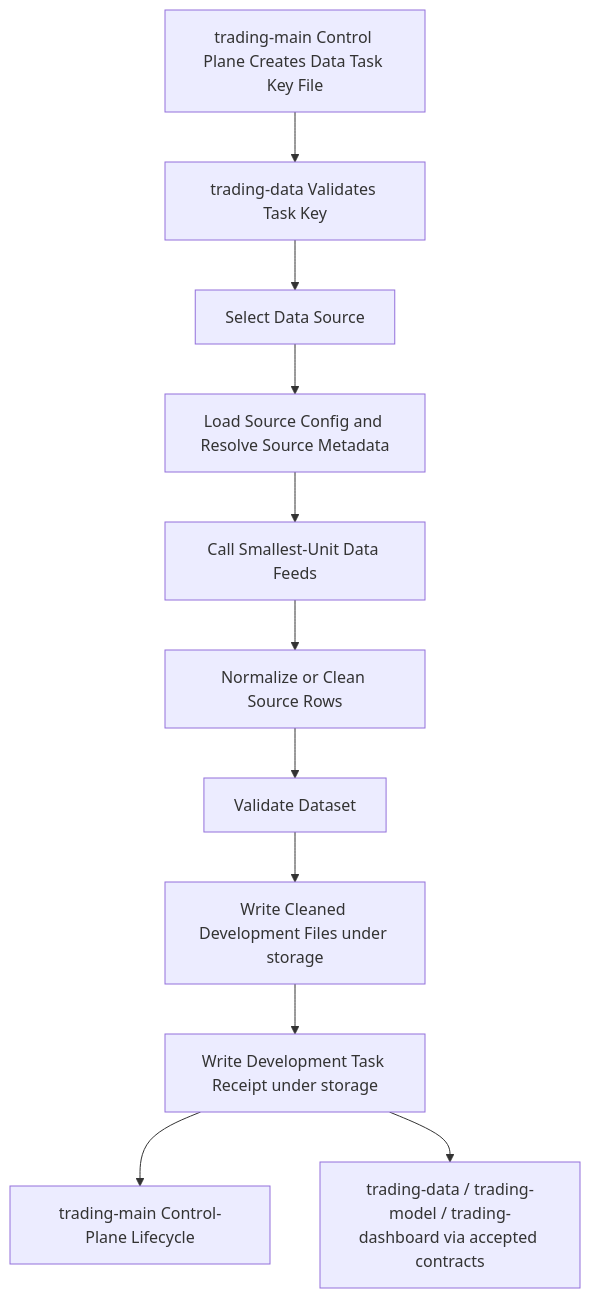
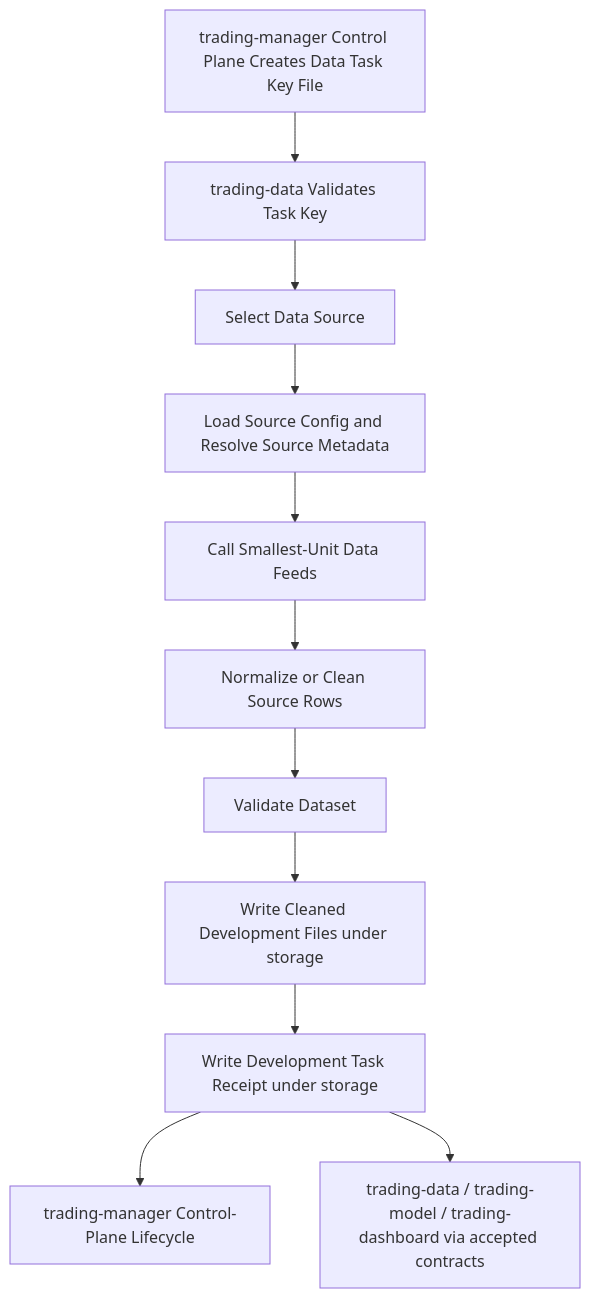
Before and after one commit to gilmore307/trading-data: the diagram in docs/02_workflow.md, drawn with Mermaid. The commit also changed other lines of this file and 23 other files, not shown here.

Commit message:
Reference trading-manager control plane

````diff
--- a/docs/02_workflow.md
+++ b/docs/02_workflow.md
@@ -33,13 +33,13 @@
 ```mermaid
 flowchart TD
-  A[trading-main Control Plane Creates Data Task Key File] --> B[trading-data Validates Task Key]
+  A[trading-manager Control Plane Creates Data Task Key File] --> B[trading-data Validates Task Key]
   B --> C[Select Data Source]
   C --> D[Load Source Config and Resolve Source Metadata]
   D --> E[Call Smallest-Unit Data Feeds]
   E --> F[Normalize or Clean Source Rows]
   F --> G[Validate Dataset]
   G --> H[Write Cleaned Development Files under storage]
   H --> I[Write Development Task Receipt under storage]
-  I --> J[trading-main Control-Plane Lifecycle]
+  I --> J[trading-manager Control-Plane Lifecycle]
   I --> K[trading-data / trading-model / trading-dashboard via accepted contracts]
 ```
````
